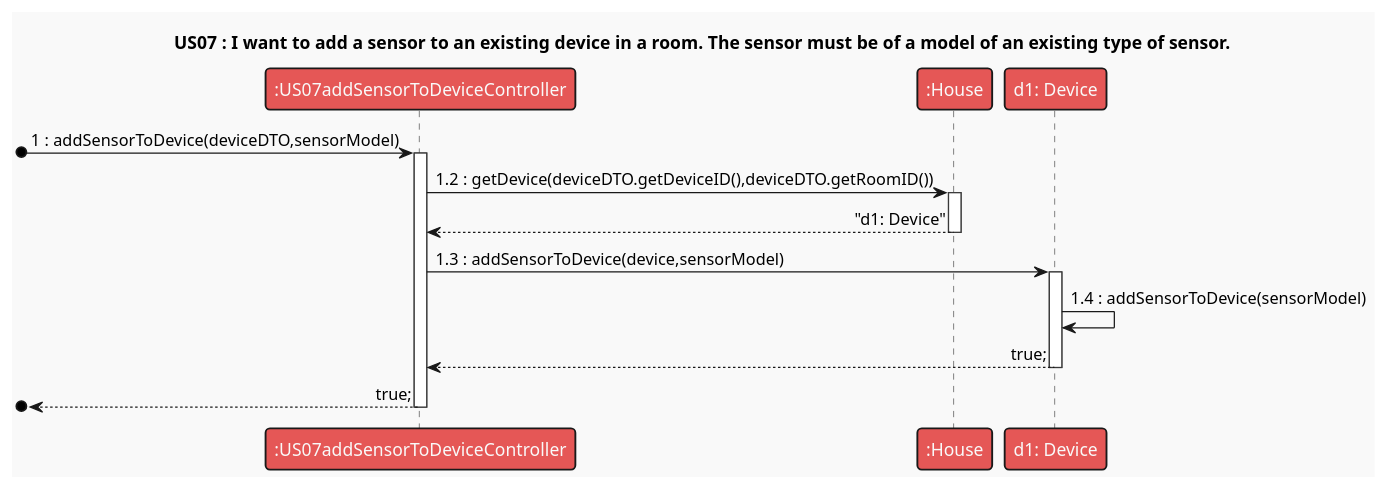
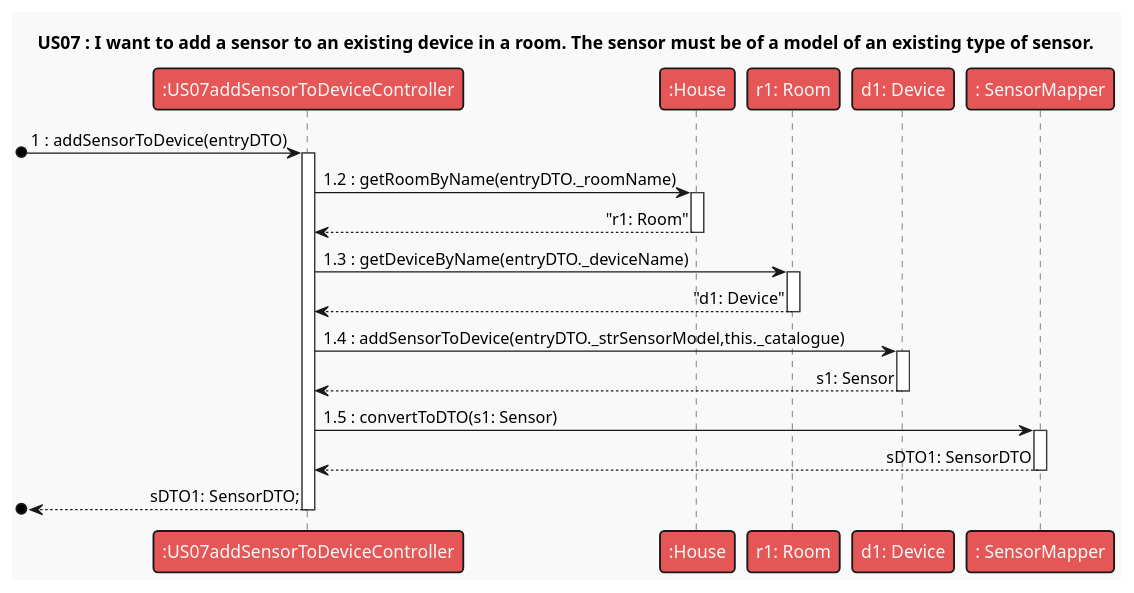
One commit to RicardoAraujoPT/SmartHome2 changed the diagram in src/main/java/pt/ipp/isep/dei/examples/basic/domain/SmartHome/UML/US07.puml. Above: the diagram before and after it, drawn with PlantUML. The commit also changed 1 other file, not shown here.

Commit message:
Updated US7 Sequence Diagram. Removed FactorySensor class.

```diff
--- a/src/main/java/pt/ipp/isep/dei/examples/basic/domain/SmartHome/UML/US07.puml
+++ b/src/main/java/pt/ipp/isep/dei/examples/basic/domain/SmartHome/UML/US07.puml
@@ -1,16 +1,19 @@
 @startuml
 'https://plantuml.com/sequence-diagram
 
 !theme mars
 skinparam sequenceMessageAlign direction
 
 title US07 : I want to add a sensor to an existing device in a room. The sensor must be of a model of an existing type of sensor.
-[o-> ":US07addSensorToDeviceController" ++ : 1 : addSensorToDevice(deviceDTO,sensorModel)
+[o-> ":US07addSensorToDeviceController" ++ : 1 : addSensorToDevice(entryDTO)
 
-":US07addSensorToDeviceController"-> ":House" ++ : 1.2 : getDevice(deviceDTO.getDeviceID(),deviceDTO.getRoomID())
-    ":House" --> ":US07addSensorToDeviceController" -- : "d1: Device"
-":US07addSensorToDeviceController" -> "d1: Device" ++ : 1.3 : addSensorToDevice(device,sensorModel)
-"d1: Device" -> "d1: Device"  : 1.4 : addSensorToDevice(sensorModel)
-    "d1: Device" --> ":US07addSensorToDeviceController"-- : true;
-[o<-- ":US07addSensorToDeviceController" --: true;
+":US07addSensorToDeviceController"-> ":House" ++ : 1.2 : getRoomByName(entryDTO._roomName)
+    ":House" --> ":US07addSensorToDeviceController" -- : "r1: Room"
+":US07addSensorToDeviceController" -> "r1: Room" ++ : 1.3 : getDeviceByName(entryDTO._deviceName)
+"r1: Room" --> ":US07addSensorToDeviceController" -- : "d1: Device"
+":US07addSensorToDeviceController" -> "d1: Device" ++ : 1.4 : addSensorToDevice(entryDTO._strSensorModel,this._catalogue)
+    "d1: Device" --> ":US07addSensorToDeviceController"-- : s1: Sensor
+    ":US07addSensorToDeviceController" -> ": SensorMapper" ++ : 1.5 : convertToDTO(s1: Sensor)
+        ": SensorMapper" --> ":US07addSensorToDeviceController"-- : sDTO1: SensorDTO
+[o<-- ":US07addSensorToDeviceController" --: sDTO1: SensorDTO;
 @enduml
```
